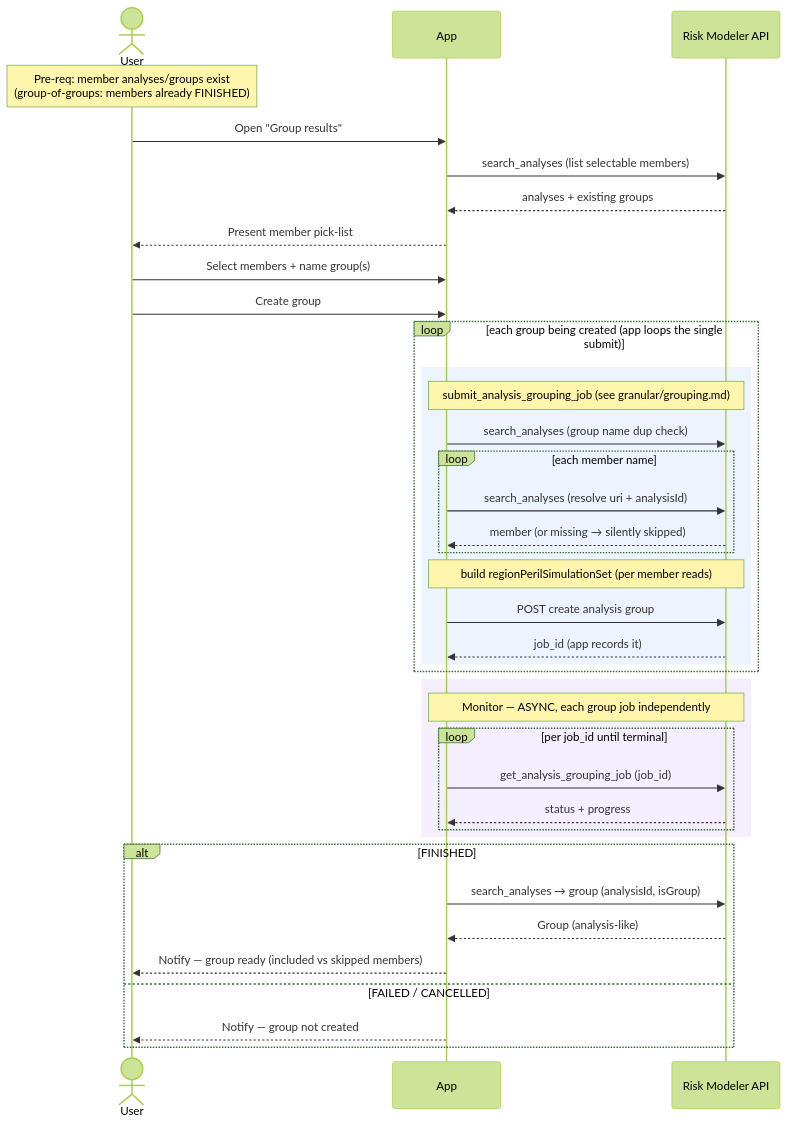
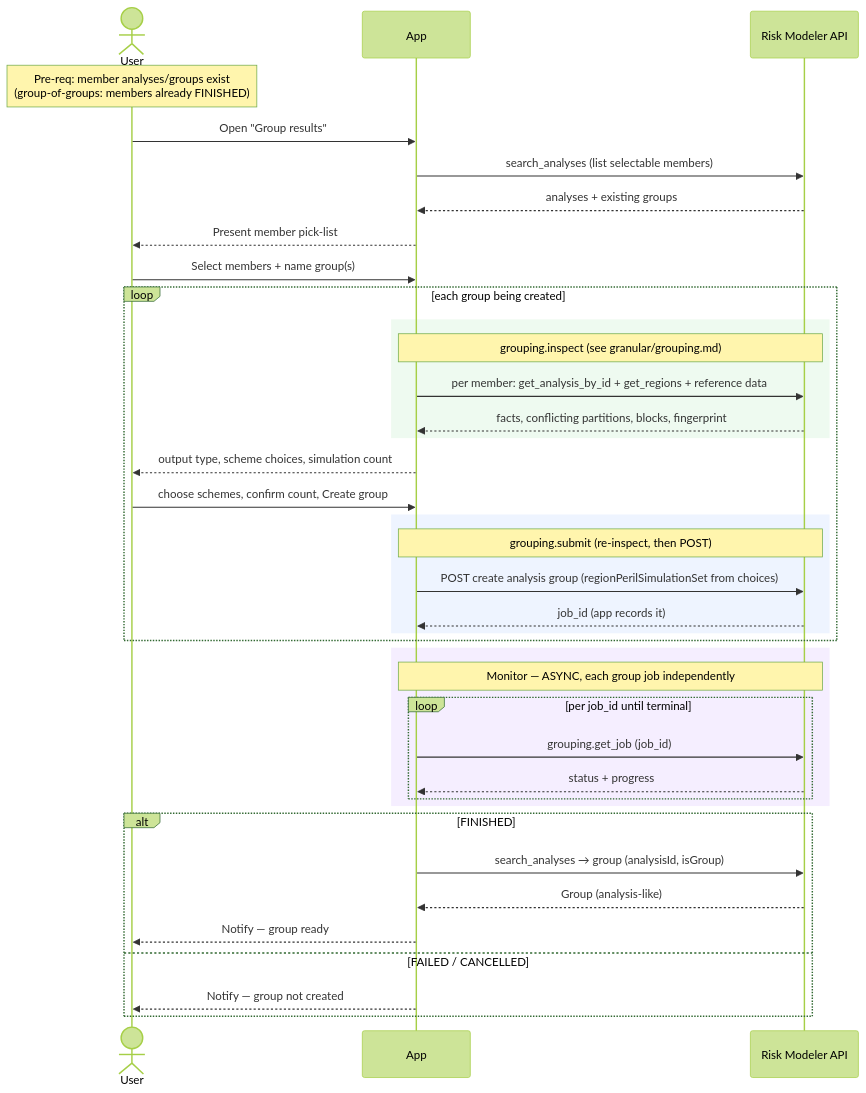
One commit to anilvenugopal/risk-workbench changed the diagram in docs/sequence_diagrams/planned/composite/group_results.md. Above: the diagram before and after it, drawn with Mermaid (forest theme). The commit also changed other lines of this file and 11 other files, not shown here.

First line of the commit message:
Revise spec 012 for the inspect-then-submit grouping contract

````diff
--- a/docs/sequence_diagrams/planned/composite/group_results.md
+++ b/docs/sequence_diagrams/planned/composite/group_results.md
@@ -52,45 +51,45 @@
 ```mermaid
 sequenceDiagram
     actor User
     participant App
     participant RM as Risk Modeler API
 
     Note over User: Pre-req: member analyses/groups exist<br/>(group-of-groups: members already FINISHED)
 
     User->>App: Open "Group results"
     App->>RM: search_analyses (list selectable members)
     RM-->>App: analyses + existing groups
     App-->>User: Present member pick-list
     User->>App: Select members + name group(s)
-    User->>App: Create group
 
-    loop each group being created (app loops the single submit)
+    loop each group being created
+        rect rgb(238, 250, 240)
+            Note over App,RM: grouping.inspect (see granular/grouping.md)
+            App->>RM: per member: get_analysis_by_id + get_regions + reference data
+            RM-->>App: facts, conflicting partitions, blocks, fingerprint
+        end
+        App-->>User: output type, scheme choices, simulation count
+        User->>App: choose schemes, confirm count, Create group
         rect rgb(238, 244, 255)
-            Note over App,RM: submit_analysis_grouping_job (see granular/grouping.md)
-            App->>RM: search_analyses (group name dup check)
-            loop each member name
-                App->>RM: search_analyses (resolve uri + analysisId)
-                RM-->>App: member (or missing → silently skipped)
-            end
-            Note over App,RM: build regionPerilSimulationSet (per member reads)
-            App->>RM: POST create analysis group
+            Note over App,RM: grouping.submit (re-inspect, then POST)
+            App->>RM: POST create analysis group (regionPerilSimulationSet from choices)
             RM-->>App: job_id (app records it)
         end
     end
 
     rect rgb(245, 238, 255)
         Note over App,RM: Monitor — ASYNC, each group job independently
         loop per job_id until terminal
-            App->>RM: get_analysis_grouping_job (job_id)
+            App->>RM: grouping.get_job (job_id)
             RM-->>App: status + progress
         end
     end
 
     alt FINISHED
         App->>RM: search_analyses → group (analysisId, isGroup)
         RM-->>App: Group (analysis-like)
-        App-->>User: Notify — group ready (included vs skipped members)
+        App-->>User: Notify — group ready
     else FAILED / CANCELLED
         App-->>User: Notify — group not created
     end
 ```
````
